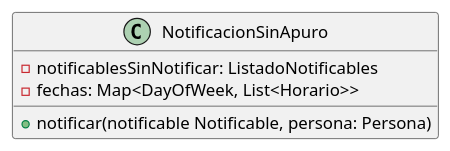
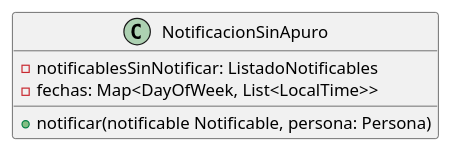
Before and after one commit to mbertogliati/dds-tpa: the diagram in DC/E3/domain/comunidades/notificacionesPersona/NotificacionSinApuro.puml, drawn with PlantUML. The commit also changed 5 other files, not shown here.

```diff
--- a/DC/E3/domain/comunidades/notificacionesPersona/NotificacionSinApuro.puml
+++ b/DC/E3/domain/comunidades/notificacionesPersona/NotificacionSinApuro.puml
@@ -1,11 +1,11 @@
 @startuml
 'https://plantuml.com/class-diagram
 
 class NotificacionSinApuro{
     -notificablesSinNotificar: ListadoNotificables
-    -fechas: Map<DayOfWeek, List<Horario>>
+    -fechas: Map<DayOfWeek, List<LocalTime>>
 
     +notificar(notificable Notificable, persona: Persona)
 }
 
 @enduml
```
